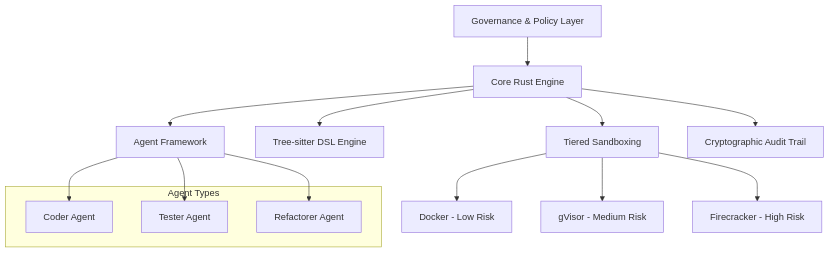
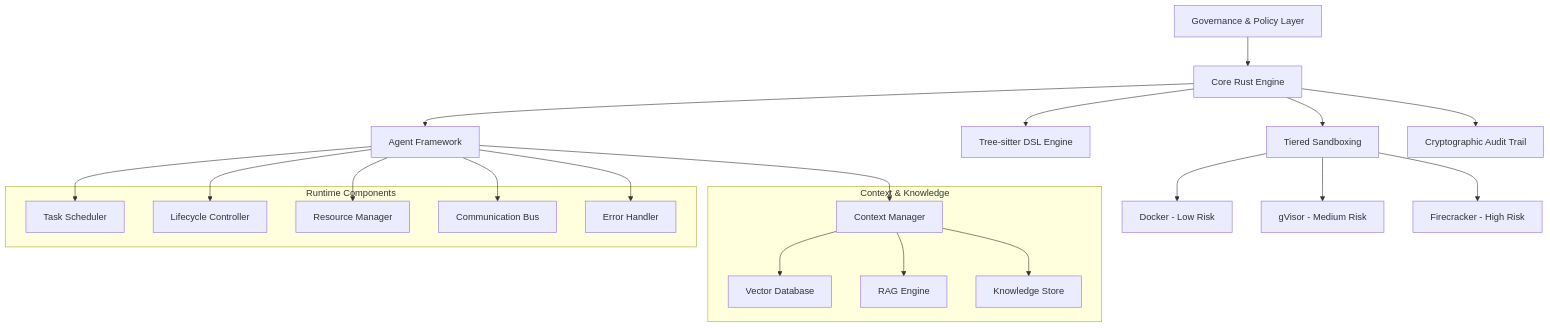
One commit to ThirdKeyAI/Symbiont changed the first of 2 diagrams in README.md. Above: the diagram before and after it, drawn with Mermaid. The commit also changed other lines of this file and 1 other file, not shown here.

````diff
--- a/README.md
+++ b/README.md
@@ -112,21 +142,36 @@
 ```mermaid
 graph TB
     A[Governance & Policy Layer] --> B[Core Rust Engine]
     B --> C[Agent Framework]
     B --> D[Tree-sitter DSL Engine]
     B --> E[Tiered Sandboxing]
     E --> F[Docker - Low Risk]
     E --> G[gVisor - Medium Risk]
     E --> H[Firecracker - High Risk]
     B --> I[Cryptographic Audit Trail]
     
-    subgraph "Agent Types"
-        J[Coder Agent]
-        K[Tester Agent]
-        L[Refactorer Agent]
+    subgraph "Runtime Components"
+        J[Task Scheduler]
+        K[Lifecycle Controller]
+        L[Resource Manager]
+        M[Communication Bus]
+        N[Error Handler]
+    end
+    
+    subgraph "Context & Knowledge"
+        O[Context Manager]
+        P[Vector Database]
+        Q[RAG Engine]
+        R[Knowledge Store]
     end
     
     C --> J
     C --> K
     C --> L
+    C --> M
+    C --> N
+    C --> O
+    O --> P
+    O --> Q
+    O --> R
 ```
````
